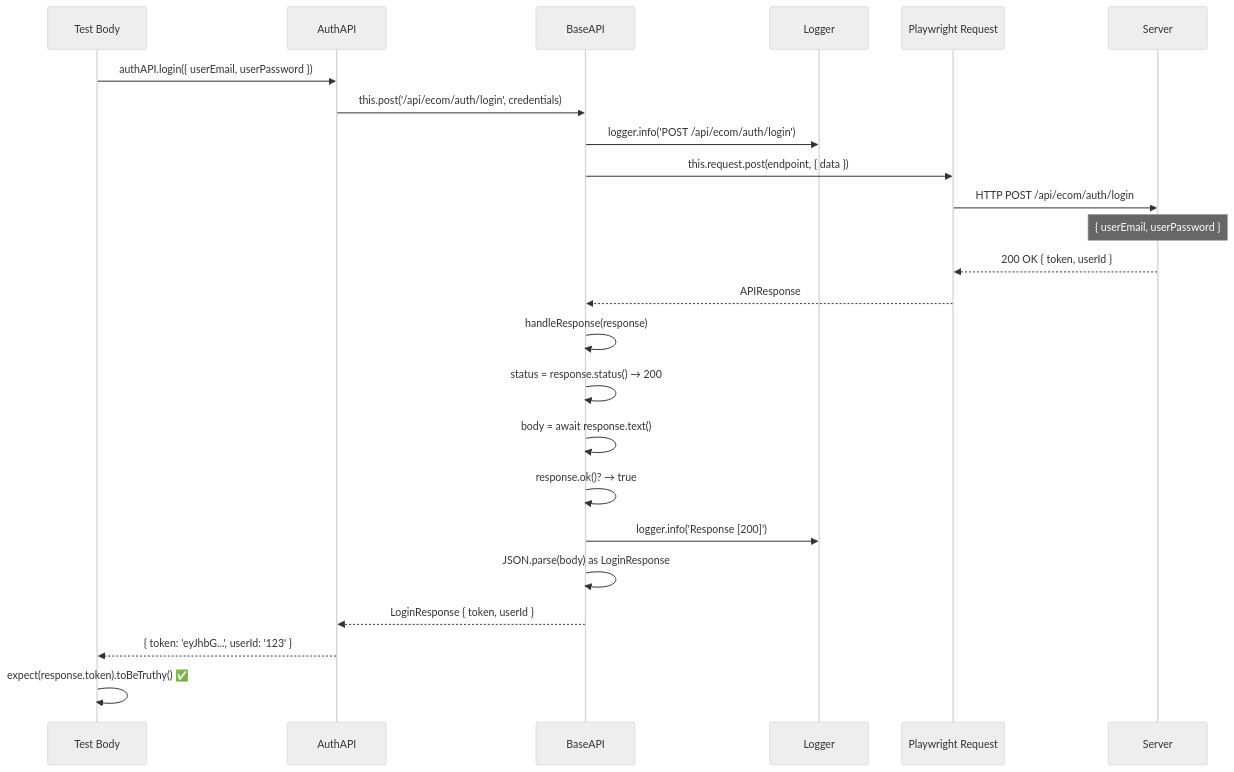
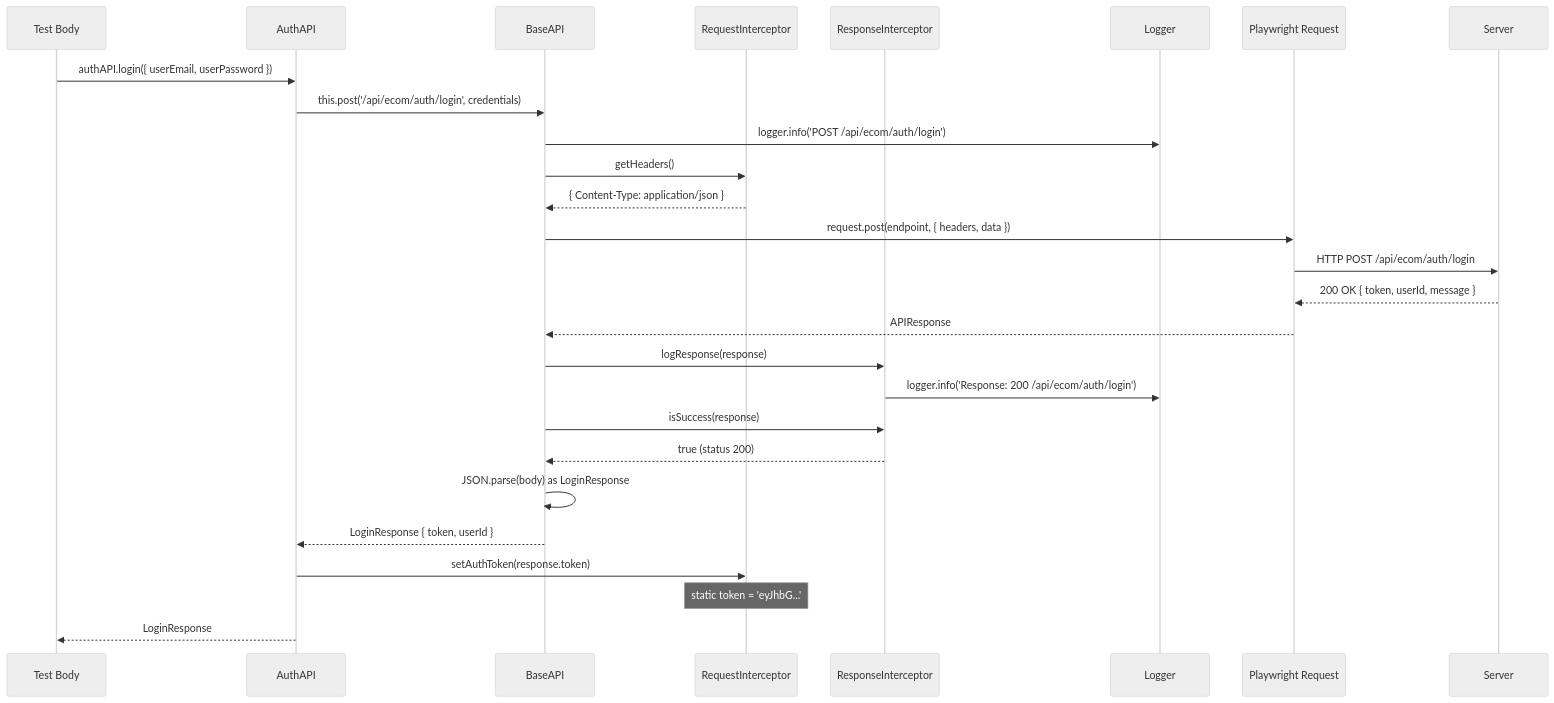
One commit to MahmoudSDET/Playwright-UI-API changed the eighth of 11 diagrams in playwright-framework/Framework-Architecture.md. Above: the diagram before and after it, drawn with Mermaid (neutral theme). The commit also changed other lines of this file and 9 other files, not shown here.

Commit message:
insert request Interceptor and response interceptor

````diff
--- a/playwright-framework/Framework-Architecture.md
+++ b/playwright-framework/Framework-Architecture.md
@@ -643,31 +530,33 @@
 ```mermaid
 sequenceDiagram
     participant Test as Test Body
     participant Auth as AuthAPI
     participant Base as BaseAPI
+    participant ReqI as RequestInterceptor
+    participant ResI as ResponseInterceptor
     participant Log as Logger
     participant PW as Playwright Request
     participant Server as Server
 
     Test->>Auth: authAPI.login({ userEmail, userPassword })
     Auth->>Base: this.post('/api/ecom/auth/login', credentials)
     Base->>Log: logger.info('POST /api/ecom/auth/login')
+    Base->>ReqI: getHeaders()
+    ReqI-->>Base: { Content-Type: application/json }
 
-    Base->>PW: this.request.post(endpoint, { data })
+    Base->>PW: request.post(endpoint, { headers, data })
     PW->>Server: HTTP POST /api/ecom/auth/login
-    Note over Server: { userEmail, userPassword }
-    Server-->>PW: 200 OK { token, userId }
+    Server-->>PW: 200 OK { token, userId, message }
     PW-->>Base: APIResponse
 
-    Base->>Base: handleResponse(response)
-    Base->>Base: status = response.status() → 200
-    Base->>Base: body = await response.text()
-    Base->>Base: response.ok()? → true
-    Base->>Log: logger.info('Response [200]')
+    Base->>ResI: logResponse(response)
+    ResI->>Log: logger.info('Response: 200 /api/ecom/auth/login')
+    Base->>ResI: isSuccess(response)
+    ResI-->>Base: true (status 200)
     Base->>Base: JSON.parse(body) as LoginResponse
 
     Base-->>Auth: LoginResponse { token, userId }
-    Auth-->>Test: { token: 'eyJhbG...', userId: '123' }
-
-    Test->>Test: expect(response.token).toBeTruthy() ✅
+    Auth->>ReqI: setAuthToken(response.token)
+    Note over ReqI: static token = 'eyJhbG...'
+    Auth-->>Test: LoginResponse
 ```
````
